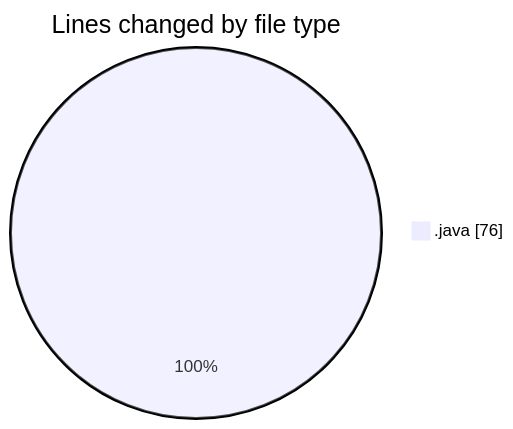
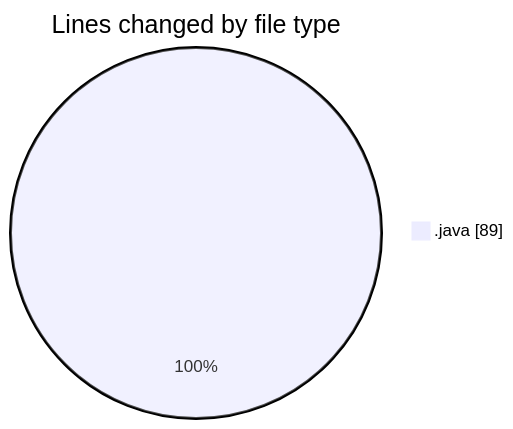
The first of 2 diagrams in 2025-02-05/coding_prac/README.md (NitaiMahat/code-tracking), drawn with Mermaid before and after one commit. The commit also changed other lines of this file and 1 other file, not shown here.

````diff
--- a/2025-02-05/coding_prac/README.md
+++ b/2025-02-05/coding_prac/README.md
@@ -23,5 +24,5 @@
 ```mermaid
 pie showData
 title Lines changed by file type
-".java" : 76
+".java" : 89
 ```
````
